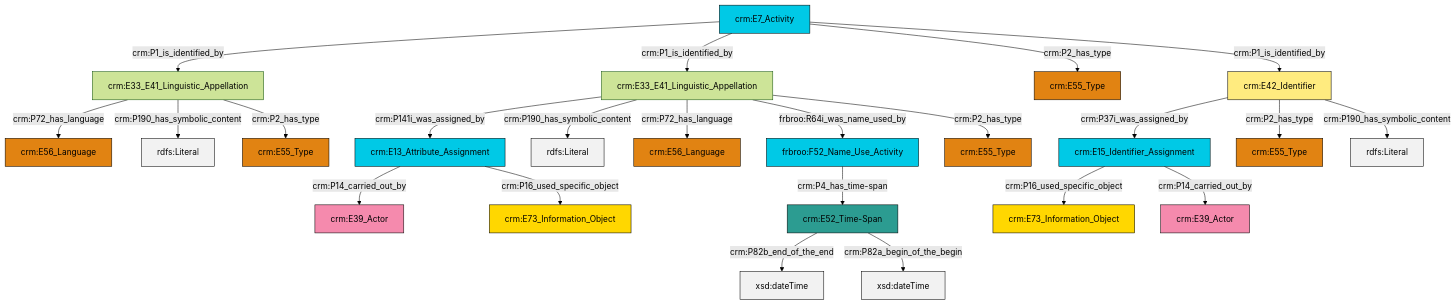
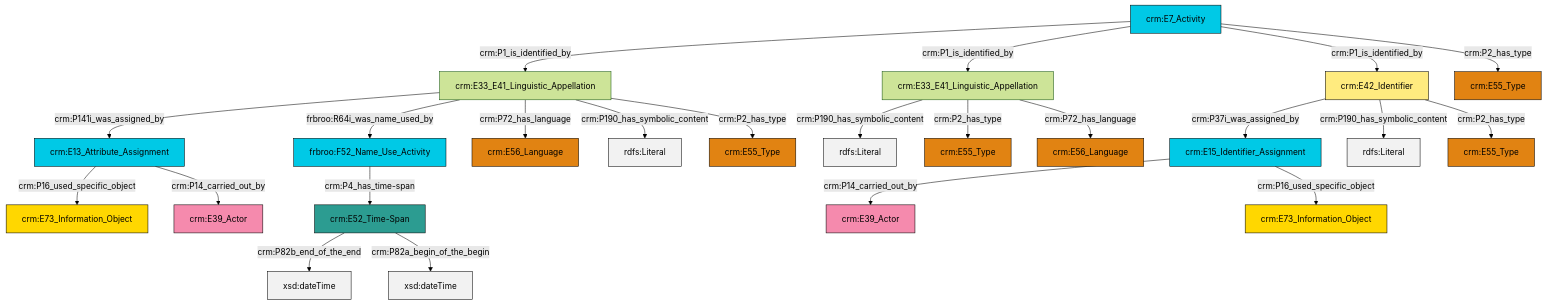
One commit to swiss-art-research-net/reference-data-models changed the diagram in et/eventCSV/ttl/mmd/event_name.ttl.mmd. Above: the diagram before and after it, drawn with Mermaid (forest theme). The commit also changed 126 other files, not shown here.

```diff
--- a/et/eventCSV/ttl/mmd/event_name.ttl.mmd
+++ b/et/eventCSV/ttl/mmd/event_name.ttl.mmd
@@ -1,37 +1,37 @@
 graph TD
 classDef Literal fill:#f2f2f2,stroke:#000000;
 classDef CRM_Entity fill:#FFFFFF,stroke:#000000;
 classDef Temporal_Entity fill:#00C9E6, stroke:#000000;
 classDef Type fill:#E18312, stroke:#000000;
 classDef Time-Span fill:#2C9C91, stroke:#000000;
 classDef Appellation fill:#FFEB7F, stroke:#000000;
 classDef Place fill:#008836, stroke:#000000;
 classDef Persistent_Item fill:#B266B2, stroke:#000000;
 classDef Conceptual_Object fill:#FFD700, stroke:#000000;
 classDef Physical_Thing fill:#D2B48C, stroke:#000000;
 classDef Actor fill:#f58aad, stroke:#000000;
 classDef PC_Classes fill:#4ce600, stroke:#000000;
 classDef Multi fill:#cccccc,stroke:#000000;
 
-2["crm:E42_Identifier"]:::Appellation -->|crm:P37i_was_assigned_by| 3["crm:E15_Identifier_Assignment"]:::Temporal_Entity
-4["crm:E33_E41_Linguistic_Appellation"]:::Default -->|crm:P72_has_language| 5["crm:E56_Language"]:::Type
-6["crm:E13_Attribute_Assignment"]:::Temporal_Entity -->|crm:P14_carried_out_by| 7["crm:E39_Actor"]:::Actor
-4["crm:E33_E41_Linguistic_Appellation"]:::Default -->|crm:P190_has_symbolic_content| 10[rdfs:Literal]:::Literal
-3["crm:E15_Identifier_Assignment"]:::Temporal_Entity -->|crm:P16_used_specific_object| 18["crm:E73_Information_Object"]:::Conceptual_Object
-3["crm:E15_Identifier_Assignment"]:::Temporal_Entity -->|crm:P14_carried_out_by| 15["crm:E39_Actor"]:::Actor
-19["crm:E7_Activity"]:::Temporal_Entity -->|crm:P1_is_identified_by| 4["crm:E33_E41_Linguistic_Appellation"]:::Default
-20["crm:E33_E41_Linguistic_Appellation"]:::Default -->|crm:P141i_was_assigned_by| 6["crm:E13_Attribute_Assignment"]:::Temporal_Entity
-4["crm:E33_E41_Linguistic_Appellation"]:::Default -->|crm:P2_has_type| 21["crm:E55_Type"]:::Type
-19["crm:E7_Activity"]:::Temporal_Entity -->|crm:P1_is_identified_by| 20["crm:E33_E41_Linguistic_Appellation"]:::Default
-22["frbroo:F52_Name_Use_Activity"]:::Temporal_Entity -->|crm:P4_has_time-span| 23["crm:E52_Time-Span"]:::Time-Span
-23["crm:E52_Time-Span"]:::Time-Span -->|crm:P82b_end_of_the_end| 27[xsd:dateTime]:::Literal
-19["crm:E7_Activity"]:::Temporal_Entity -->|crm:P2_has_type| 11["crm:E55_Type"]:::Type
-2["crm:E42_Identifier"]:::Appellation -->|crm:P2_has_type| 0["crm:E55_Type"]:::Type
-20["crm:E33_E41_Linguistic_Appellation"]:::Default -->|crm:P190_has_symbolic_content| 33[rdfs:Literal]:::Literal
-20["crm:E33_E41_Linguistic_Appellation"]:::Default -->|crm:P72_has_language| 28["crm:E56_Language"]:::Type
-6["crm:E13_Attribute_Assignment"]:::Temporal_Entity -->|crm:P16_used_specific_object| 13["crm:E73_Information_Object"]:::Conceptual_Object
-20["crm:E33_E41_Linguistic_Appellation"]:::Default -->|frbroo:R64i_was_name_used_by| 22["frbroo:F52_Name_Use_Activity"]:::Temporal_Entity
-19["crm:E7_Activity"]:::Temporal_Entity -->|crm:P1_is_identified_by| 2["crm:E42_Identifier"]:::Appellation
-2["crm:E42_Identifier"]:::Appellation -->|crm:P190_has_symbolic_content| 40[rdfs:Literal]:::Literal
-20["crm:E33_E41_Linguistic_Appellation"]:::Default -->|crm:P2_has_type| 38["crm:E55_Type"]:::Type
-23["crm:E52_Time-Span"]:::Time-Span -->|crm:P82a_begin_of_the_begin| 41[xsd:dateTime]:::Literal
+0["crm:E42_Identifier"]:::Appellation -->|crm:P37i_was_assigned_by| 1["crm:E15_Identifier_Assignment"]:::Temporal_Entity
+2["crm:E7_Activity"]:::Temporal_Entity -->|crm:P1_is_identified_by| 3["crm:E33_E41_Linguistic_Appellation"]:::Default
+5["frbroo:F52_Name_Use_Activity"]:::Temporal_Entity -->|crm:P4_has_time-span| 6["crm:E52_Time-Span"]:::Time-Span
+3["crm:E33_E41_Linguistic_Appellation"]:::Default -->|crm:P141i_was_assigned_by| 7["crm:E13_Attribute_Assignment"]:::Temporal_Entity
+7["crm:E13_Attribute_Assignment"]:::Temporal_Entity -->|crm:P16_used_specific_object| 13["crm:E73_Information_Object"]:::Conceptual_Object
+14["crm:E33_E41_Linguistic_Appellation"]:::Default -->|crm:P190_has_symbolic_content| 15[rdfs:Literal]:::Literal
+3["crm:E33_E41_Linguistic_Appellation"]:::Default -->|frbroo:R64i_was_name_used_by| 5["frbroo:F52_Name_Use_Activity"]:::Temporal_Entity
+2["crm:E7_Activity"]:::Temporal_Entity -->|crm:P1_is_identified_by| 14["crm:E33_E41_Linguistic_Appellation"]:::Default
+7["crm:E13_Attribute_Assignment"]:::Temporal_Entity -->|crm:P14_carried_out_by| 16["crm:E39_Actor"]:::Actor
+2["crm:E7_Activity"]:::Temporal_Entity -->|crm:P1_is_identified_by| 0["crm:E42_Identifier"]:::Appellation
+3["crm:E33_E41_Linguistic_Appellation"]:::Default -->|crm:P72_has_language| 19["crm:E56_Language"]:::Type
+14["crm:E33_E41_Linguistic_Appellation"]:::Default -->|crm:P2_has_type| 20["crm:E55_Type"]:::Type
+6["crm:E52_Time-Span"]:::Time-Span -->|crm:P82b_end_of_the_end| 21[xsd:dateTime]:::Literal
+0["crm:E42_Identifier"]:::Appellation -->|crm:P190_has_symbolic_content| 22[rdfs:Literal]:::Literal
+1["crm:E15_Identifier_Assignment"]:::Temporal_Entity -->|crm:P14_carried_out_by| 17["crm:E39_Actor"]:::Actor
+6["crm:E52_Time-Span"]:::Time-Span -->|crm:P82a_begin_of_the_begin| 24[xsd:dateTime]:::Literal
+2["crm:E7_Activity"]:::Temporal_Entity -->|crm:P2_has_type| 26["crm:E55_Type"]:::Type
+0["crm:E42_Identifier"]:::Appellation -->|crm:P2_has_type| 29["crm:E55_Type"]:::Type
+14["crm:E33_E41_Linguistic_Appellation"]:::Default -->|crm:P72_has_language| 9["crm:E56_Language"]:::Type
+1["crm:E15_Identifier_Assignment"]:::Temporal_Entity -->|crm:P16_used_specific_object| 38["crm:E73_Information_Object"]:::Conceptual_Object
+3["crm:E33_E41_Linguistic_Appellation"]:::Default -->|crm:P190_has_symbolic_content| 40[rdfs:Literal]:::Literal
+3["crm:E33_E41_Linguistic_Appellation"]:::Default -->|crm:P2_has_type| 11["crm:E55_Type"]:::Type
```
